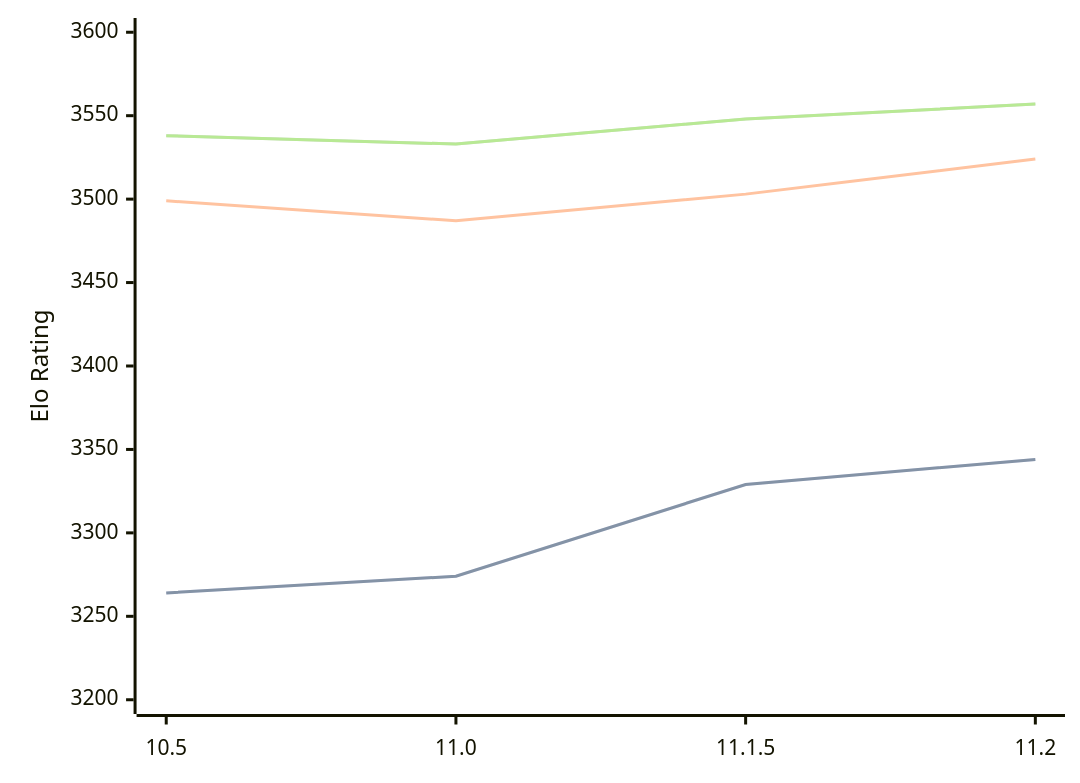
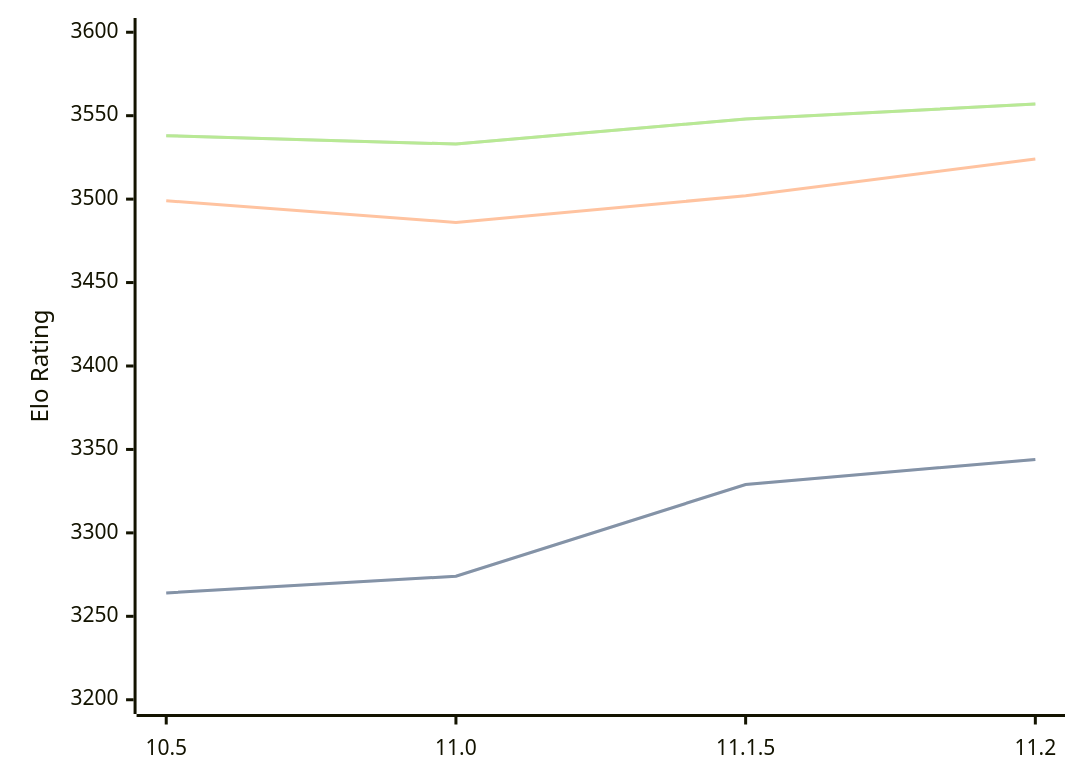
Before and after one commit to computer-chess-index/cci: the diagram in engines/Lizard.md, drawn with Mermaid. The commit also changed other lines of this file, not shown here.

````diff
--- a/engines/Lizard.md
+++ b/engines/Lizard.md
@@ -44,11 +44,11 @@
 ```mermaid
 %%{init: {"theme":"base","themeVariables":{"seriesColors:['#a3a3a3','#222221','#faa371']}}}%%
 xychart-beta
   x-axis ["10.5", "11.0", "11.1.5", "11.2"]
   y-axis "Elo Rating" 3200 --> 3600
   line "STC (8.0+0.08s)" [3264, 3274, 3329, 3344]
   line "STC (8.0+0.08s)" [3264, 3274, 3329, 3344]
-  line "LTC (60.0+0.60s)" [3499, 3487, 3503, 3524]
+  line "LTC (60.0+0.60s)" [3499, 3486, 3502, 3524]
   line "VLTC (2m24s+1.12s)" [3538, 3533, 3548, 3557]
   line "VLTC (2m24s+1.12s)" [3538, 3533, 3548, 3557]
 ```
````
